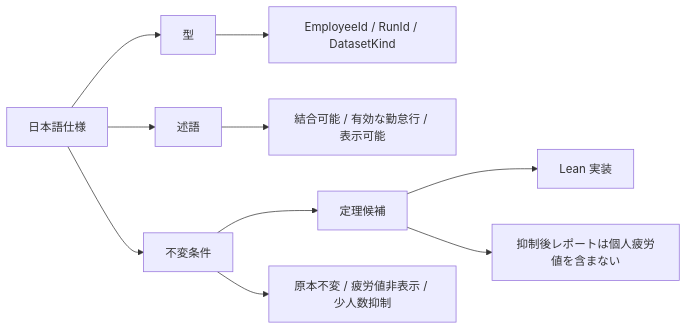
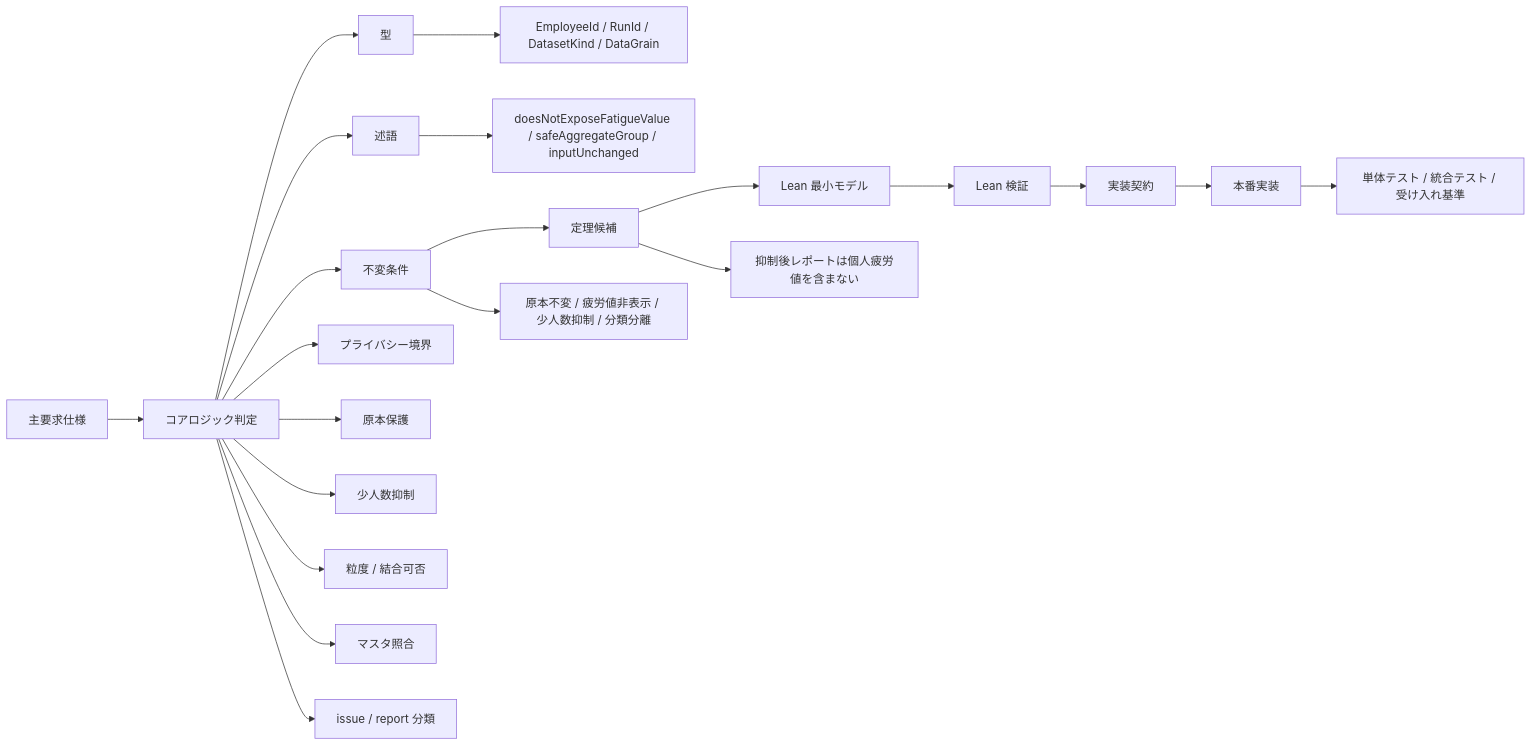
Before and after one commit to fumiya-data/labor-lens: the first of 3 diagrams in docs/product/LEAN-SPEC-PLANNING.md, drawn with Mermaid. The commit also changed other lines of this file and 14 other files, not shown here.

````diff
--- a/docs/product/LEAN-SPEC-PLANNING.md
+++ b/docs/product/LEAN-SPEC-PLANNING.md
@@ -27,13 +204,25 @@
 ```mermaid
 flowchart LR
-    A[日本語仕様] --> B[型]
-    A --> C[述語]
-    A --> D[不変条件]
-    D --> E[定理候補]
-    E --> F[Lean 実装]
+    A[主要求仕様] --> B[コアロジック判定]
+    B --> C[型]
+    B --> D[述語]
+    B --> E[不変条件]
+    E --> F[定理候補]
+    F --> G[Lean 最小モデル]
+    G --> H[Lean 検証]
+    H --> I[実装契約]
+    I --> J[本番実装]
+    J --> K[単体テスト / 統合テスト / 受け入れ基準]
 
-    B --> B1[EmployeeId / RunId / DatasetKind]
-    C --> C1[結合可能 / 有効な勤怠行 / 表示可能]
-    D --> D1[原本不変 / 疲労値非表示 / 少人数抑制]
-    E --> E1[抑制後レポートは個人疲労値を含まない]
+    B --> B1[プライバシー境界]
+    B --> B2[原本保護]
+    B --> B3[少人数抑制]
+    B --> B4[粒度 / 結合可否]
+    B --> B5[マスタ照合]
+    B --> B6[issue / report 分類]
+
+    C --> C1[EmployeeId / RunId / DatasetKind / DataGrain]
+    D --> D1[doesNotExposeFatigueValue / safeAggregateGroup / inputUnchanged]
+    E --> E1[原本不変 / 疲労値非表示 / 少人数抑制 / 分類分離]
+    F --> F1[抑制後レポートは個人疲労値を含まない]
 ```
````
